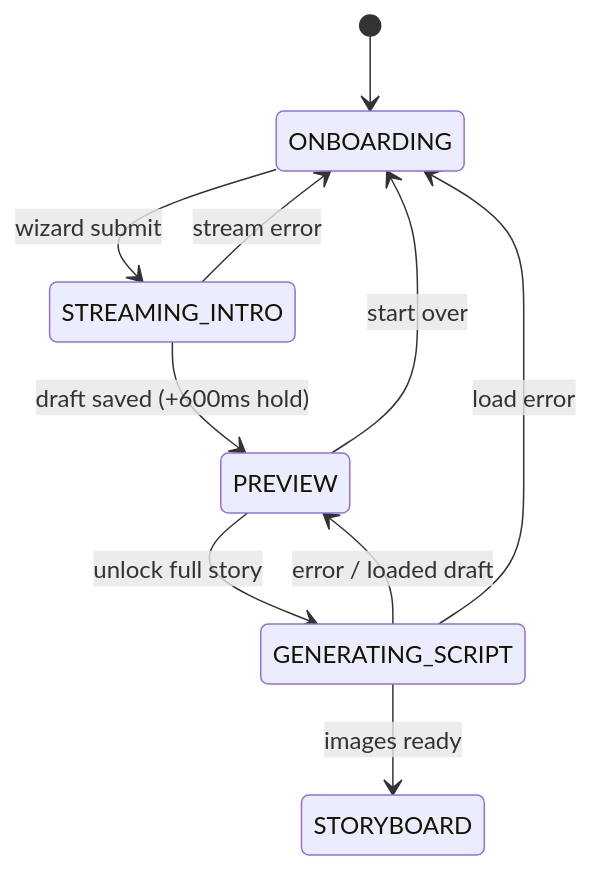
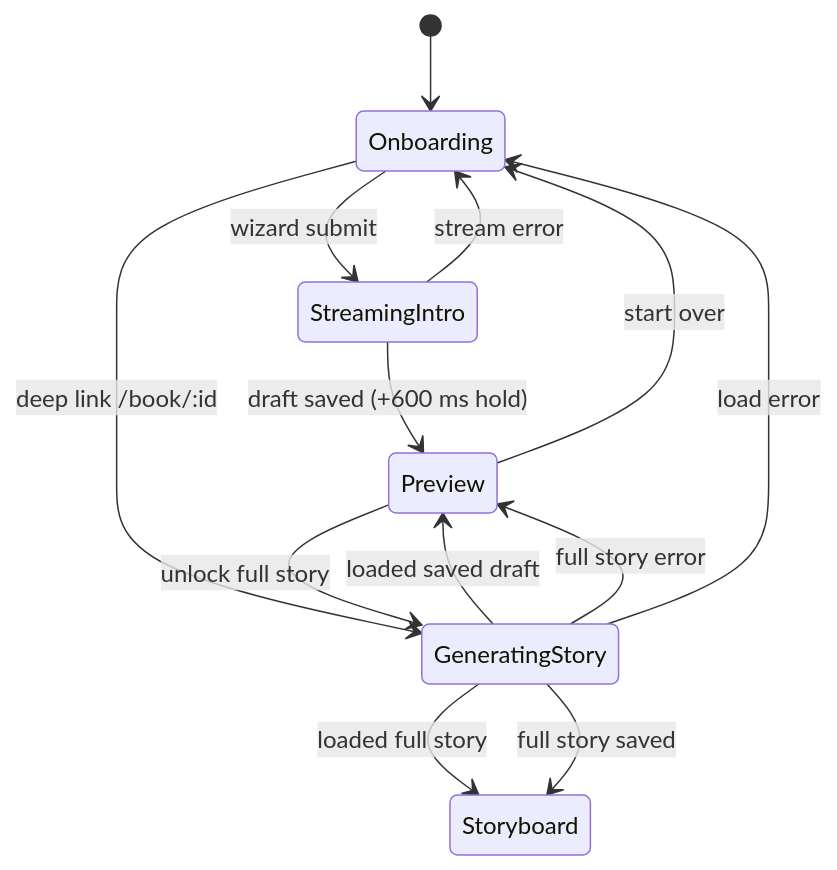
One commit to Chloezhu010/42_ft_transcendence changed the fourth of 4 diagrams in documentation/architecture.md. Above: the diagram before and after it, drawn with Mermaid. The commit also changed other lines of this file and 1 other file, not shown here.

````diff
--- a/documentation/architecture.md
+++ b/documentation/architecture.md
@@ -74,12 +119,15 @@
 ```mermaid
 stateDiagram-v2
-    [*] --> ONBOARDING
-    ONBOARDING --> STREAMING_INTRO: wizard submit
-    STREAMING_INTRO --> PREVIEW: draft saved (+600ms hold)
-    STREAMING_INTRO --> ONBOARDING: stream error
-    PREVIEW --> GENERATING_SCRIPT: unlock full story
-    PREVIEW --> ONBOARDING: start over
-    GENERATING_SCRIPT --> STORYBOARD: images ready
-    GENERATING_SCRIPT --> PREVIEW: error / loaded draft
-    GENERATING_SCRIPT --> ONBOARDING: load error
+    [*] --> Onboarding
+    Onboarding --> StreamingIntro: wizard submit
+    StreamingIntro --> Preview: draft saved (+600 ms hold)
+    StreamingIntro --> Onboarding: stream error
+    Onboarding --> GeneratingStory: deep link /book/:id
+    Preview --> GeneratingStory: unlock full story
+    Preview --> Onboarding: start over
+    GeneratingStory --> Preview: loaded saved draft
+    GeneratingStory --> Storyboard: loaded full story
+    GeneratingStory --> Storyboard: full story saved
+    GeneratingStory --> Preview: full story error
+    GeneratingStory --> Onboarding: load error
 ```
````
